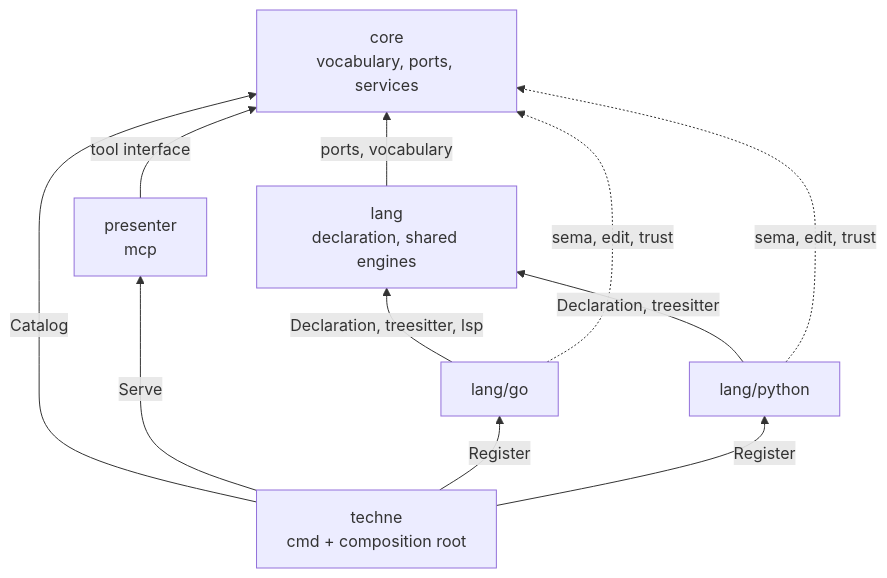
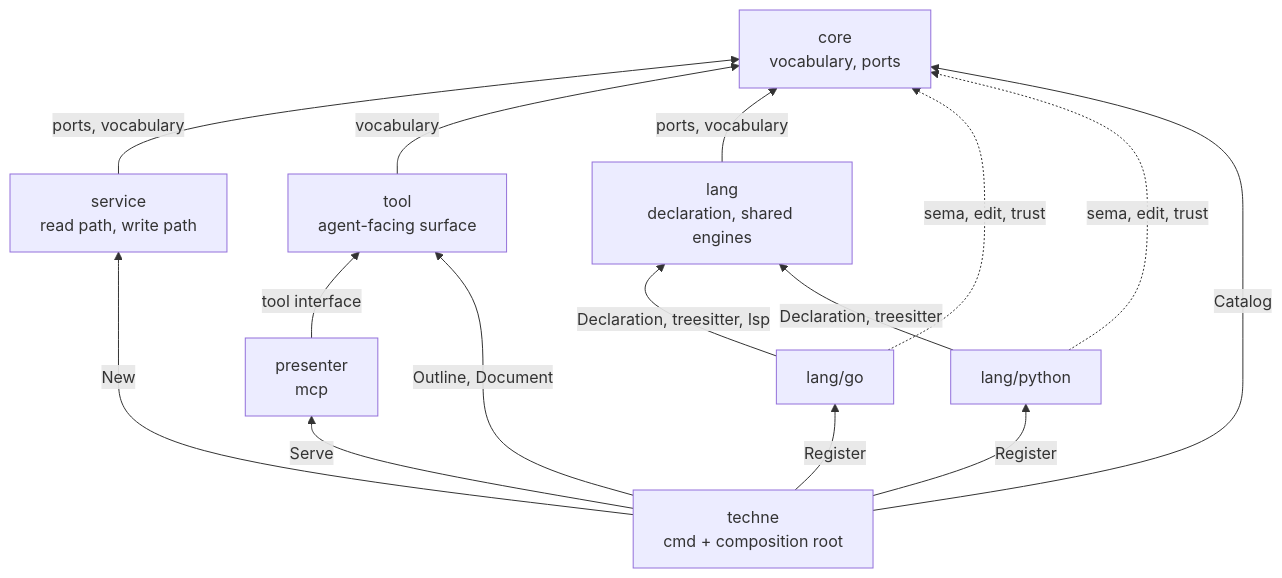
Before and after one commit to dokimasia/techne: the diagram in docs/rfc/0001-module-boundaries.md, drawn with Mermaid. The commit also changed other lines of this file and 89 other files, not shown here.

````diff
--- a/docs/rfc/0001-module-boundaries.md
+++ b/docs/rfc/0001-module-boundaries.md
@@ -74,20 +84,26 @@
 ```mermaid
 flowchart BT
-    core["core<br/>vocabulary, ports, services"]
+    core["core<br/>vocabulary, ports"]
+    svc["service<br/>read path, write path"]
+    tool["tool<br/>agent-facing surface"]
     lang["lang<br/>declaration, shared engines"]
     langgo["lang/go"]
     langpy["lang/python"]
     pres["presenter<br/>mcp"]
     root["techne<br/>cmd + composition root"]
 
+    svc -->|"ports, vocabulary"| core
+    tool -->|"vocabulary"| core
     lang -->|"ports, vocabulary"| core
-    pres -->|"tool interface"| core
+    pres -->|"tool interface"| tool
     langgo -->|"Declaration, treesitter, lsp"| lang
     langpy -->|"Declaration, treesitter"| lang
     langgo -.->|"sema, edit, trust"| core
     langpy -.->|"sema, edit, trust"| core
     root -->|"Catalog"| core
+    root -->|"New"| svc
+    root -->|"Outline, Document"| tool
     root -->|"Serve"| pres
     root -->|"Register"| langgo
     root -->|"Register"| langpy
 ```
````
